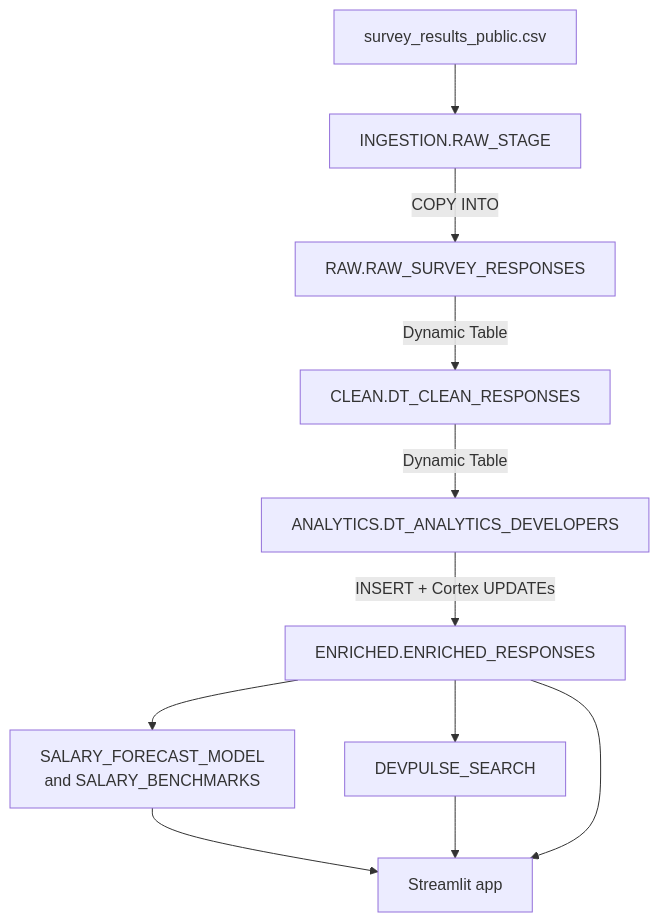
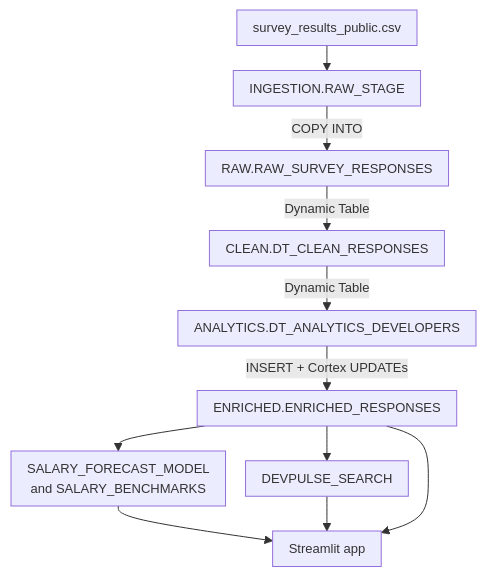
One commit to WDXII/DevPulseIntel changed the diagram in README.md. Above: the diagram before and after it, drawn with Mermaid.

Commit message:
Compact README architecture diagram spacing

````diff
--- a/README.md
+++ b/README.md
@@ -25,13 +25,14 @@
 ```mermaid
+%%{init: {'flowchart': {'nodeSpacing': 20, 'rankSpacing': 25, 'padding': 8}, 'themeVariables': {'fontSize': '13px'}}}%%
 flowchart TB
     CSV["survey_results_public.csv"] --> STAGE["INGESTION.RAW_STAGE"]
     STAGE -->|"COPY INTO"| RAW["RAW.RAW_SURVEY_RESPONSES"]
     RAW -->|"Dynamic Table"| CLEAN["CLEAN.DT_CLEAN_RESPONSES"]
     CLEAN -->|"Dynamic Table"| ANALYTICS["ANALYTICS.DT_ANALYTICS_DEVELOPERS"]
     ANALYTICS -->|"INSERT + Cortex UPDATEs"| ENRICHED["ENRICHED.ENRICHED_RESPONSES"]
     ENRICHED --> ML["SALARY_FORECAST_MODEL<br/>and SALARY_BENCHMARKS"]
     ENRICHED --> SEARCH["DEVPULSE_SEARCH"]
     ML --> APP["Streamlit app"]
     SEARCH --> APP
     ENRICHED --> APP
 ```
````
